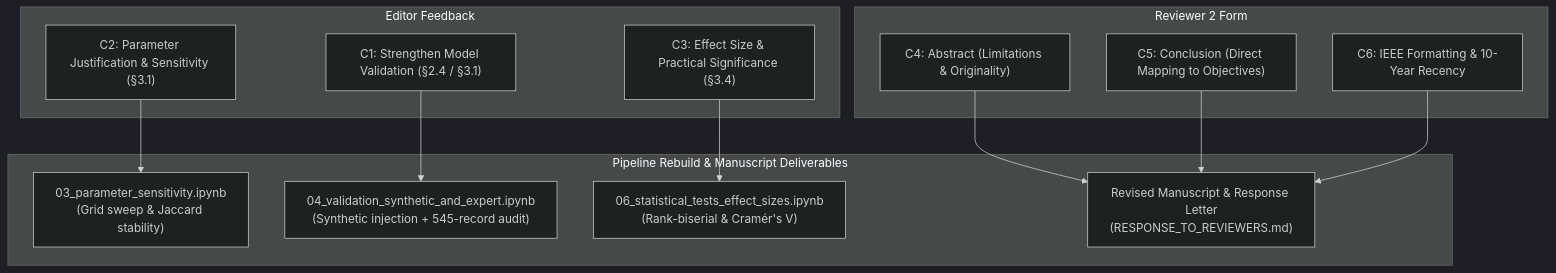
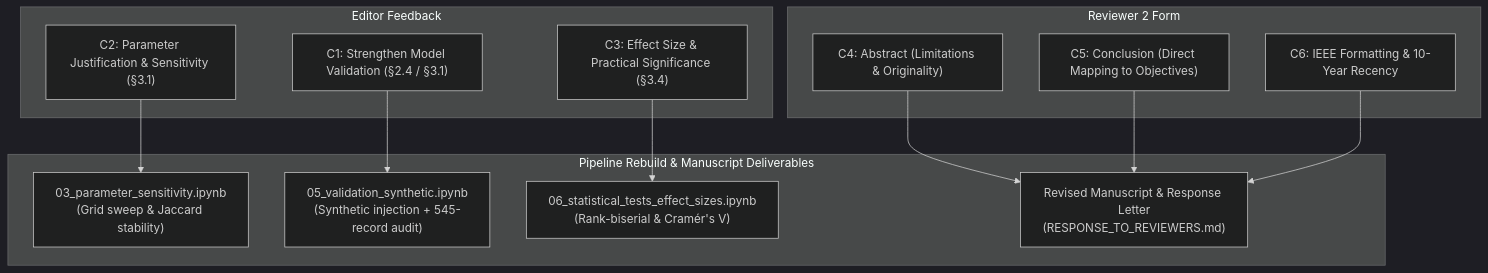
The first of 2 diagrams in Guides-and-Docs/README.md (nyan-dev/BarekengPaper1-Revision), drawn with Mermaid (dark theme) before and after one commit. The commit also changed other lines of this file and 33 other files, not shown here.

````diff
--- a/Guides-and-Docs/README.md
+++ b/Guides-and-Docs/README.md
@@ -84,28 +84,28 @@
 ```mermaid
 flowchart TD
     subgraph Editor_Comments[Editor Feedback]
         C1["C1: Strengthen Model Validation (§2.4 / §3.1)"]
         C2["C2: Parameter Justification & Sensitivity (§3.1)"]
         C3["C3: Effect Size & Practical Significance (§3.4)"]
     end
 
     subgraph Reviewer_Comments[Reviewer 2 Form]
         C4["C4: Abstract (Limitations & Originality)"]
         C5["C5: Conclusion (Direct Mapping to Objectives)"]
         C6["C6: IEEE Formatting & 10-Year Recency"]
     end
 
     subgraph Implementation[Pipeline Rebuild & Manuscript Deliverables]
         NB3["03_parameter_sensitivity.ipynb<br/>(Grid sweep & Jaccard stability)"]
-        NB4["04_validation_synthetic_and_expert.ipynb<br/>(Synthetic injection + 545-record audit)"]
+        NB4["05_validation_synthetic.ipynb<br/>(Synthetic injection + 545-record audit)"]
         NB6["06_statistical_tests_effect_sizes.ipynb<br/>(Rank-biserial & Cramér's V)"]
         TEXT["Revised Manuscript & Response Letter<br/>(RESPONSE_TO_REVIEWERS.md)"]
     end
 
     C1 --> NB4
     C2 --> NB3
     C3 --> NB6
     C4 --> TEXT
     C5 --> TEXT
     C6 --> TEXT
 ```
````
